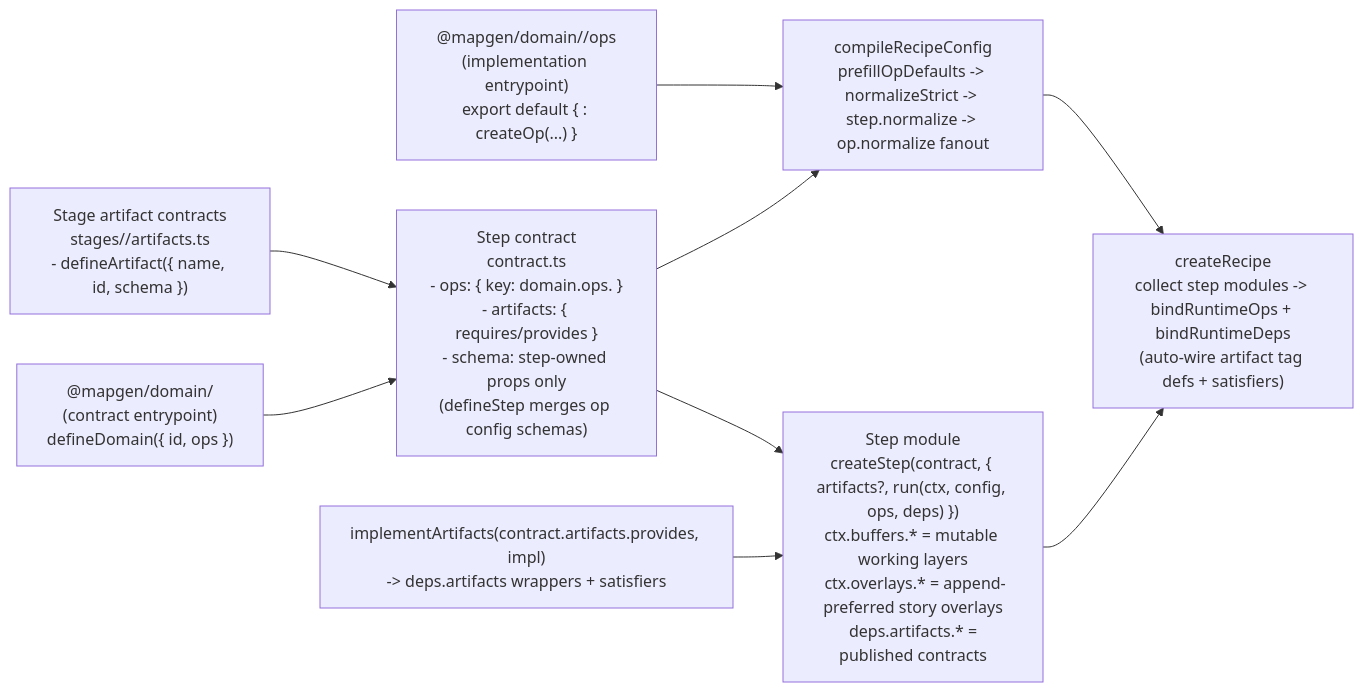
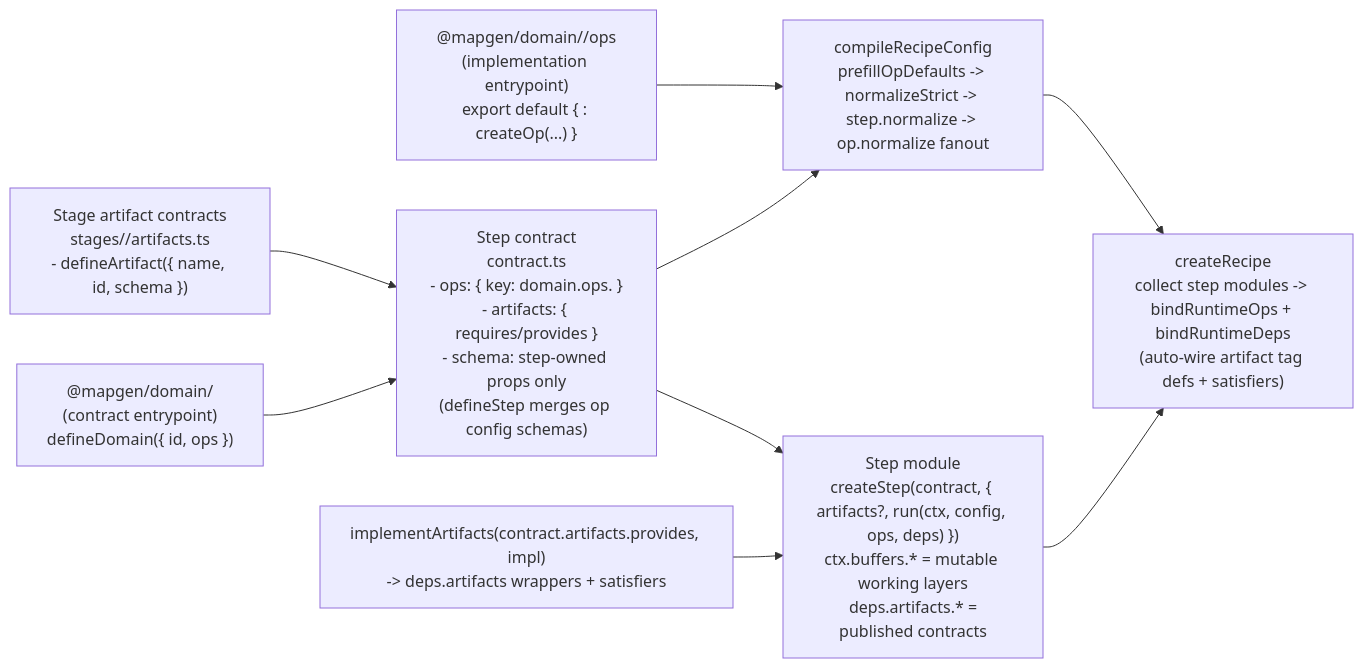
One commit to mateicanavra/civ7-modding-tools-fork changed the diagram in docs/projects/engine-refactor-v1/resources/workflow/domain-refactor/references/implementation-reference.md. Above: the diagram before and after it, drawn with Mermaid. The commit also changed other lines of this file and 4 other files, not shown here.

````diff
--- a/docs/projects/engine-refactor-v1/resources/workflow/domain-refactor/references/implementation-reference.md
+++ b/docs/projects/engine-refactor-v1/resources/workflow/domain-refactor/references/implementation-reference.md
@@ -88,20 +91,20 @@
 ```mermaid
 flowchart LR
   DomainContract["@mapgen/domain/<domain>\n(contract entrypoint)\ndefineDomain({ id, ops })"]
   StageArtifacts["Stage artifact contracts\nstages/<stage>/artifacts.ts\n- defineArtifact({ name, id, schema })"]
   StepContract["Step contract\ncontract.ts\n- ops: { key: domain.ops.<opContract> }\n- artifacts: { requires/provides }\n- schema: step-owned props only\n(defineStep merges op config schemas)"]
   DomainImpl["@mapgen/domain/<domain>/ops\n(implementation entrypoint)\nexport default { <opKey>: createOp(...) }"]
   Compiler["compileRecipeConfig\nprefillOpDefaults -> normalizeStrict -> step.normalize -> op.normalize fanout"]
-  StepModule["Step module\ncreateStep(contract, { artifacts?, run(ctx, config, ops, deps) })\nctx.buffers.* = mutable working layers\n ctx.overlays.* = append-preferred story overlays\n deps.artifacts.* = published contracts"]
+  StepModule["Step module\ncreateStep(contract, { artifacts?, run(ctx, config, ops, deps) })\nctx.buffers.* = mutable working layers\n deps.artifacts.* = published contracts"]
   ArtifactRuntime["implementArtifacts(contract.artifacts.provides, impl)\n-> deps.artifacts wrappers + satisfiers"]
   Recipe["createRecipe\ncollect step modules -> bindRuntimeOps + bindRuntimeDeps\n(auto-wire artifact tag defs + satisfiers)"]
 
   StageArtifacts --> StepContract
   DomainContract --> StepContract
   DomainImpl --> Compiler
   StepContract --> StepModule
   StepContract --> Compiler
   Compiler --> Recipe
   ArtifactRuntime --> StepModule
   StepModule --> Recipe
 ```
````
